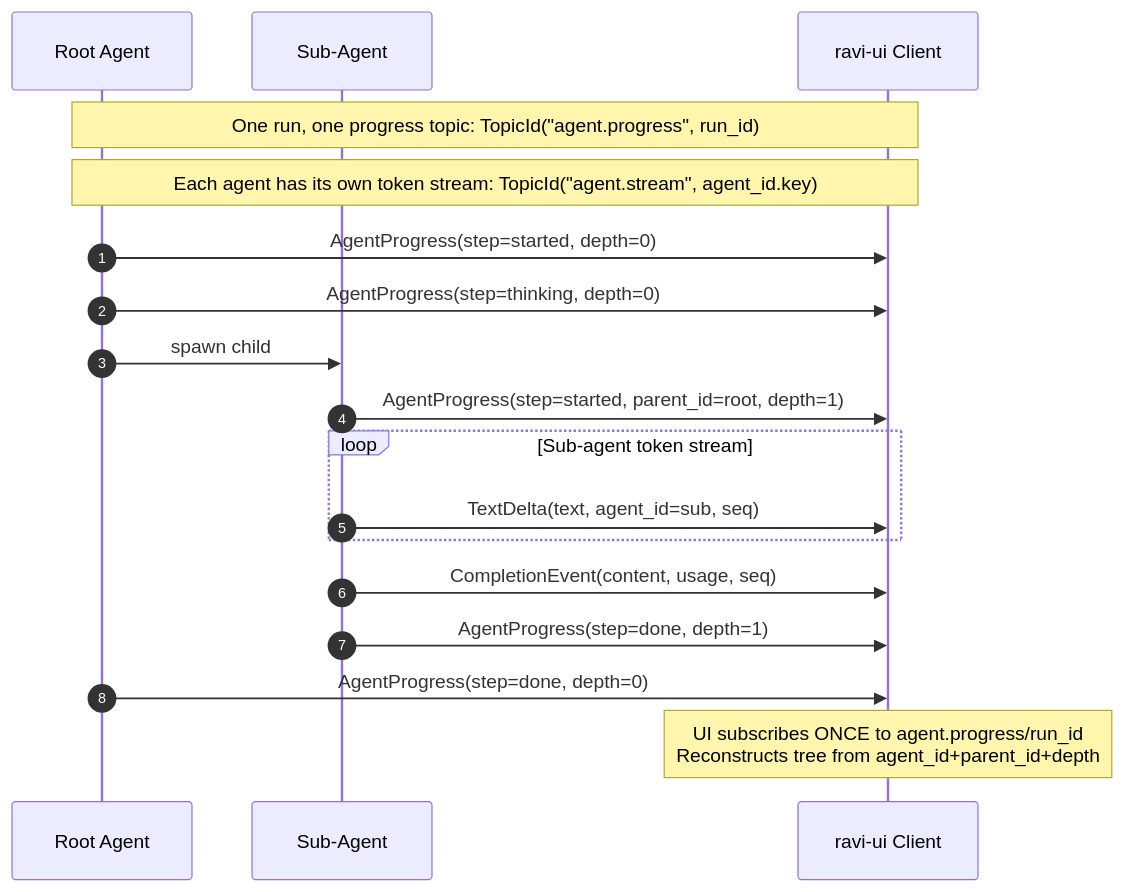
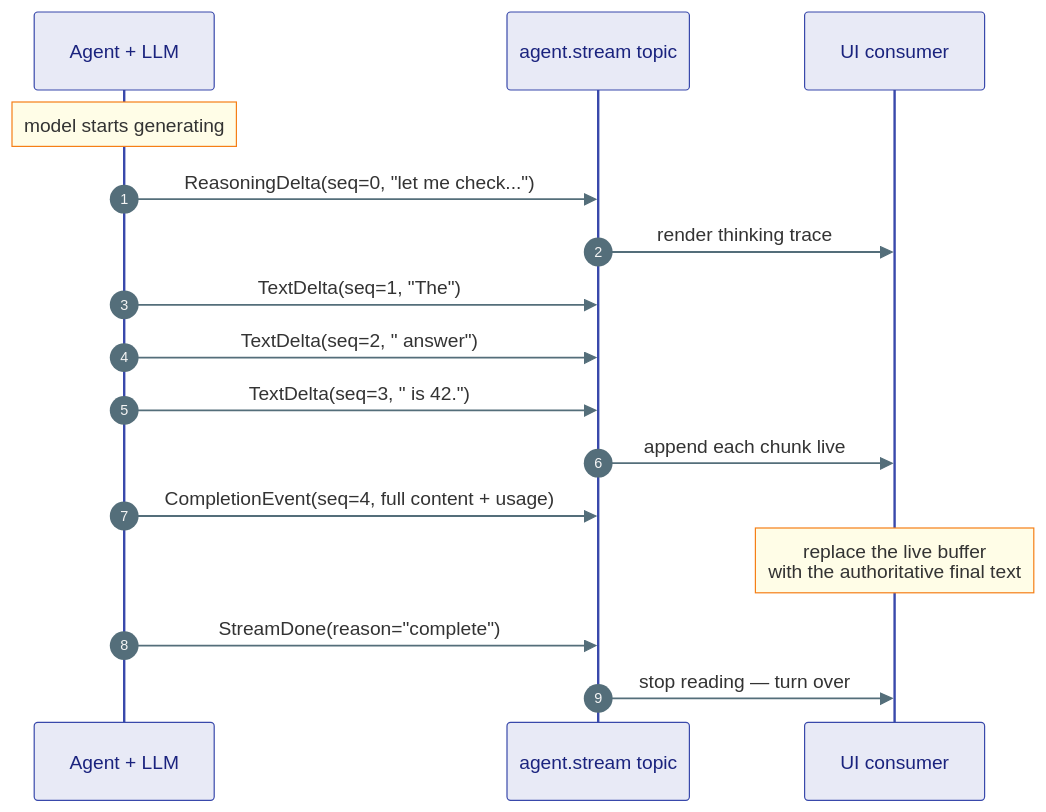
Before and after one commit to Ravikumarchavva/agent-substrate: the third of 3 diagrams in agents/agent-substrate/docs/kernel/03-messaging.md, drawn with Mermaid. The commit also changed other lines of this file and 139 other files, not shown here.

First line of the commit message:
Add in-memory graph and vector stores for local development and testing

````diff
--- a/agents/agent-substrate/docs/kernel/03-messaging.md
+++ b/agents/agent-substrate/docs/kernel/03-messaging.md
@@ -48,27 +195,20 @@
 ```mermaid
+%%{init: {'theme': 'base', 'themeVariables': {'actorBkg': '#E8EAF6','actorBorder': '#3949AB','actorTextColor': '#1A237E','noteBkgColor': '#FFFDE7','noteBorderColor': '#F57F17','signalColor': '#546E7A','fontSize': '12px'}}}%%
 sequenceDiagram
     autonumber
-    participant Root as Root Agent
-    participant Sub as Sub-Agent
-    participant UI as ravi-ui Client
+    participant LLM as Agent + LLM
+    participant Topic as agent.stream topic
+    participant UI as UI consumer
 
-    Note over Root,UI: One run, one progress topic: TopicId("agent.progress", run_id)
-    Note over Root,UI: Each agent has its own token stream: TopicId("agent.stream", agent_id.key)
-
-    Root->>UI: AgentProgress(step=started, depth=0)
-    Root->>UI: AgentProgress(step=thinking, depth=0)
-
-    Root->>Sub: spawn child
-    Sub->>UI: AgentProgress(step=started, parent_id=root, depth=1)
-
-    loop Sub-agent token stream
-        Sub->>UI: TextDelta(text, agent_id=sub, seq)
-    end
-
-    Sub->>UI: CompletionEvent(content, usage, seq)
-    Sub->>UI: AgentProgress(step=done, depth=1)
-
-    Root->>UI: AgentProgress(step=done, depth=0)
-
-    Note over UI: UI subscribes ONCE to agent.progress/run_id<br/>Reconstructs tree from agent_id+parent_id+depth
+    Note over LLM: model starts generating
+    LLM->>Topic: ReasoningDelta(seq=0, "let me check...")
+    Topic->>UI: render thinking trace
+    LLM->>Topic: TextDelta(seq=1, "The")
+    LLM->>Topic: TextDelta(seq=2, " answer")
+    LLM->>Topic: TextDelta(seq=3, " is 42.")
+    Topic->>UI: append each chunk live
+    LLM->>Topic: CompletionEvent(seq=4, full content + usage)
+    Note over UI: replace the live buffer<br/>with the authoritative final text
+    LLM->>Topic: StreamDone(reason="complete")
+    Topic->>UI: stop reading — turn over
 ```
````
